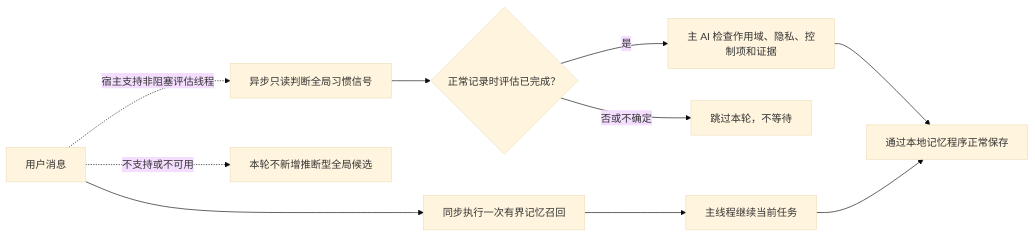
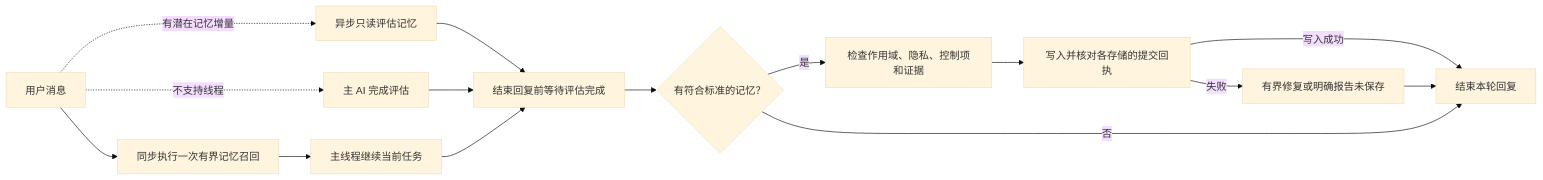
The diagram in docs/readme/README.zh-CN.md (chrisstarr7/dev-memory), drawn with Mermaid (base theme) before and after one commit. The commit also changed other lines of this file and 7 other files, not shown here.

````diff
--- a/docs/readme/README.zh-CN.md
+++ b/docs/readme/README.zh-CN.md
@@ -30,12 +30,17 @@
 ```mermaid
 flowchart LR
     U[用户消息] --> R[同步执行一次有界记忆召回]
     R --> T[主线程继续当前任务]
-    U -. 宿主支持非阻塞评估线程 .-> A[异步只读判断全局习惯信号]
-    U -. 不支持或不可用 .-> N[本轮不新增推断型全局候选]
-    A --> C{正常记录时评估已完成？}
-    C -- 否或不确定 --> S[跳过本轮，不等待]
-    C -- 是 --> V[主 AI 检查作用域、隐私、控制项和证据]
-    V --> M[通过本地记忆程序正常保存]
-    T --> M
+    U -. 有潜在记忆增量 .-> A[异步只读评估记忆]
+    U -. 不支持线程 .-> P[主 AI 完成评估]
+    A --> J[结束回复前等待评估完成]
+    P --> J
+    T --> J
+    J --> C{有符合标准的记忆？}
+    C -- 是 --> V[检查作用域、隐私、控制项和证据]
+    V --> M[写入并核对各存储的提交回执]
+    M -- 写入成功 --> F[结束本轮回复]
+    M -- 失败 --> E[有界修复或明确报告未保存]
+    E --> F
+    C -- 否 --> F
 ```
````
